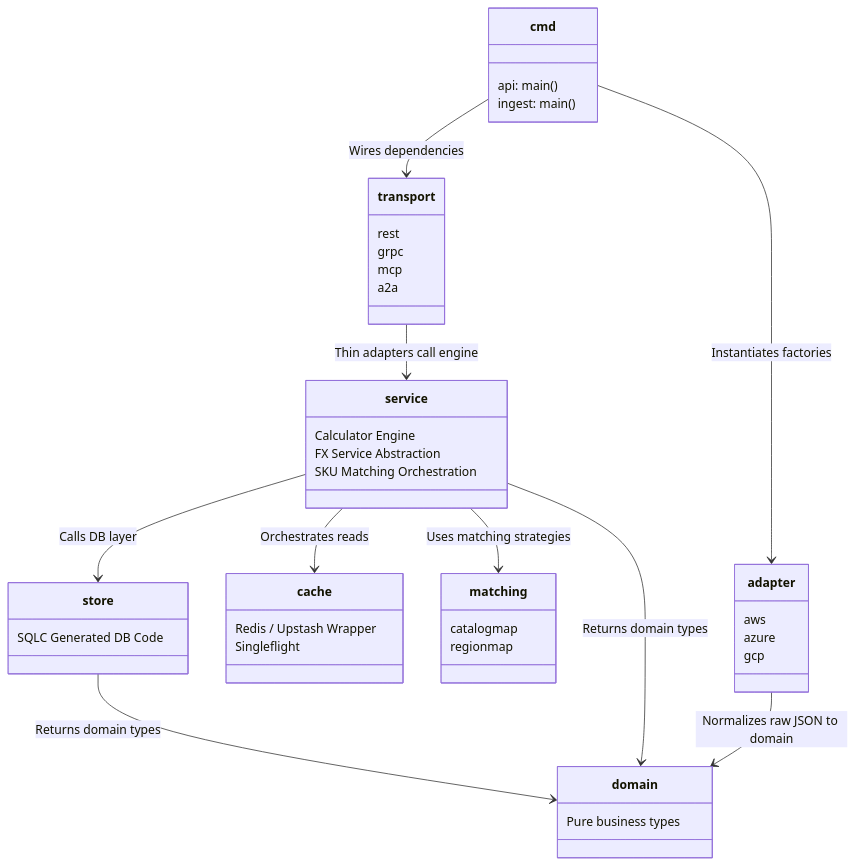
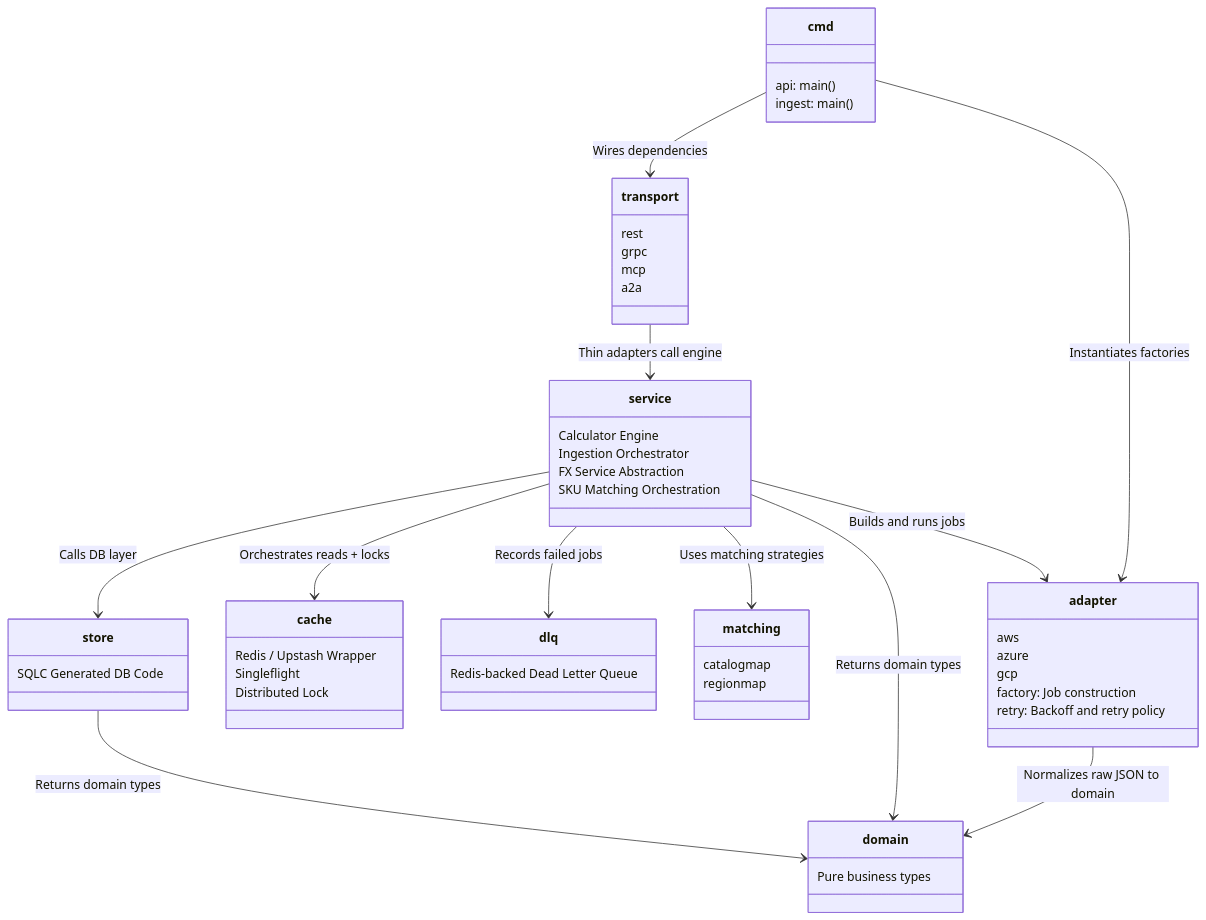
Before and after one commit to thatengineerguy21/cloudvitta: the diagram in docs/diagrams/06-package-structure.md, drawn with Mermaid. The commit also changed 16 other files, not shown here.

First line of the commit message:
feat(ingest): implement ingestion orchestrator with retry, dlq, and locks

````diff
--- a/docs/diagrams/06-package-structure.md
+++ b/docs/diagrams/06-package-structure.md
@@ -3,58 +3,68 @@
 ```mermaid
 classDiagram
     class cmd {
         api: main()
         ingest: main()
     }
     
     class transport {
         rest
         grpc
         mcp
         a2a
     }
 
     class service {
         Calculator Engine
+        Ingestion Orchestrator
         FX Service Abstraction
         SKU Matching Orchestration
     }
 
     class domain {
         Pure business types
     }
 
     class adapter {
         aws
         azure
         gcp
+        factory: Job construction
+        retry: Backoff and retry policy
     }
 
     class store {
         SQLC Generated DB Code
     }
 
     class cache {
         Redis / Upstash Wrapper
         Singleflight
+        Distributed Lock
+    }
+
+    class dlq {
+        Redis-backed Dead Letter Queue
     }
 
     class matching {
         catalogmap
         regionmap
     }
 
     cmd --> transport : Wires dependencies
     cmd --> adapter : Instantiates factories
     
     transport --> service : Thin adapters call engine
     
     service --> store : Calls DB layer
-    service --> cache : Orchestrates reads
+    service --> cache : Orchestrates reads + locks
+    service --> dlq : Records failed jobs
     service --> matching : Uses matching strategies
     service --> domain : Returns domain types
+    service --> adapter : Builds and runs jobs
     
     adapter --> domain : Normalizes raw JSON to domain
     
     store --> domain : Returns domain types
 ```
````
